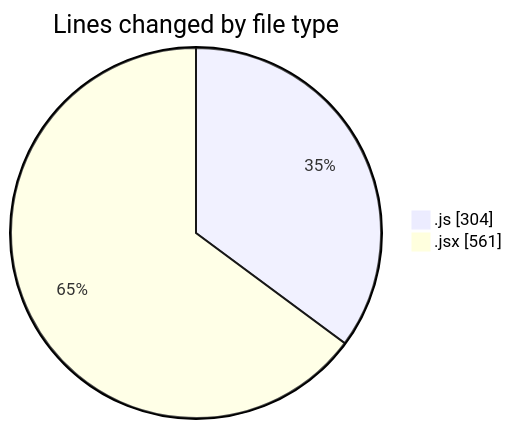
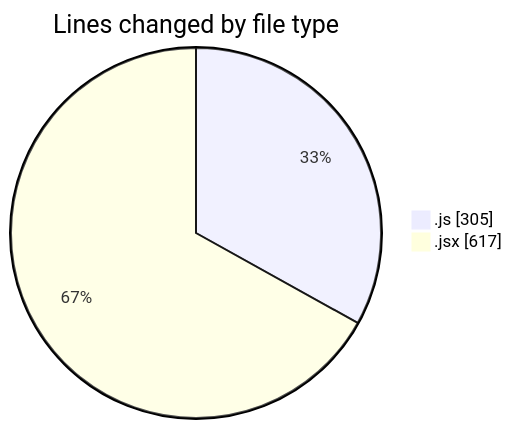
Before and after one commit to nxtqubesakshisongat/code-tracking: the first of 2 diagrams in 2025-05-31/nxtqube_webapp/README.md, drawn with Mermaid. The commit also changed other lines of this file and 1 other file, not shown here.

````diff
--- a/2025-05-31/nxtqube_webapp/README.md
+++ b/2025-05-31/nxtqube_webapp/README.md
@@ -24,6 +24,6 @@
 ```mermaid
 pie showData
 title Lines changed by file type
-".js" : 304
-".jsx" : 561
+".js" : 305
+".jsx" : 617
 ```
````
